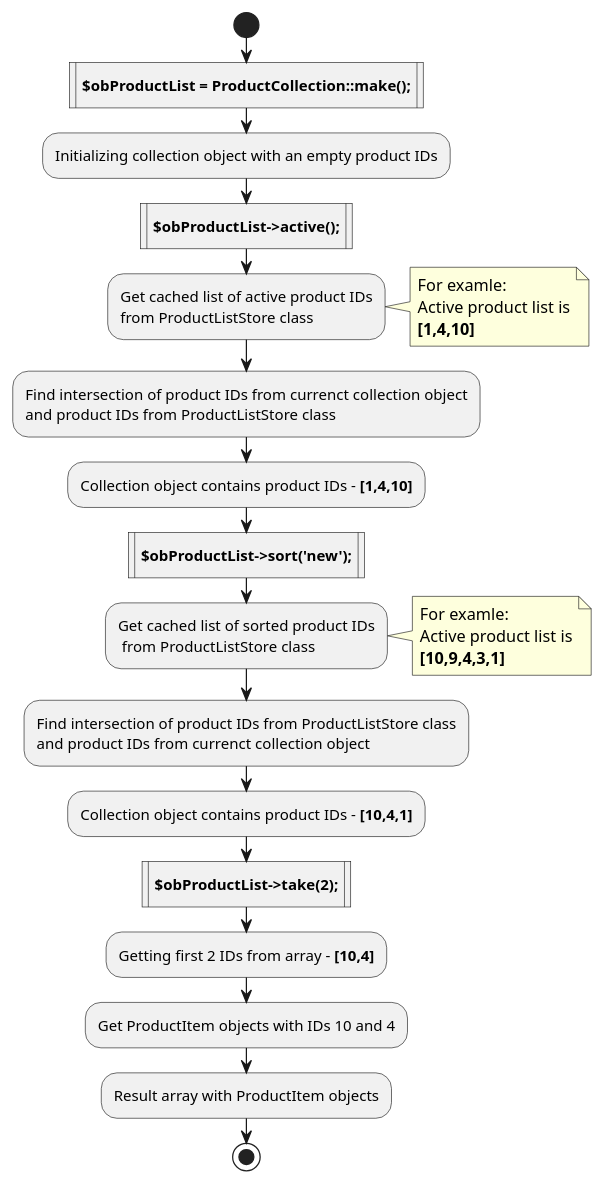
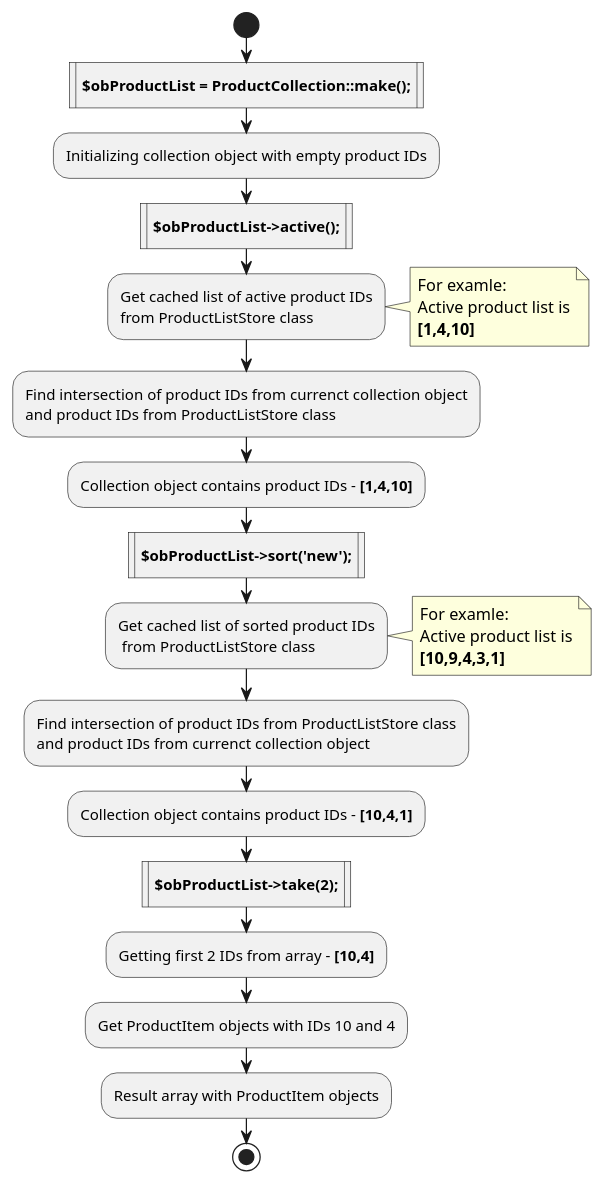
One commit to oc-shopaholic/oc-shopaholic-docs changed the diagram in collection-class/collection-class.md. Above: the diagram before and after it, drawn with PlantUML. The commit also changed other lines of this file and 122 other files, not shown here.

````diff
--- a/collection-class/collection-class.md
+++ b/collection-class/collection-class.md
@@ -23,30 +23,30 @@
 ```plantuml
 @startuml
 start
 :**$obProductList = ProductCollection::make();**|
-:Initializing collection object with an empty product IDs;
+:Initializing collection object with empty product IDs;
 :**$obProductList->active();**|
 :Get cached list of active product IDs\nfrom ProductListStore class;
 note right
     For examle:
     Active product list is
     **[1,4,10]**
 end note
 :Find intersection of product IDs from currenct collection object\nand product IDs from ProductListStore class;
 :Collection object contains product IDs - **[1,4,10]**;
 :**$obProductList->sort('new');**|
 :Get cached list of sorted product IDs\n from ProductListStore class;
 note right
     For examle:
     Active product list is
     **[10,9,4,3,1]**
 end note
 :Find intersection of product IDs from ProductListStore class\nand product IDs from currenct collection object;
 :Collection object contains product IDs - **[10,4,1]**;
 :**$obProductList->take(2);**|
 :Getting first 2 IDs from array - **[10,4]**;
 :Get ProductItem objects with IDs 10 and 4;
 :Result array with ProductItem objects;
 stop
 @enduml
 ```
````
